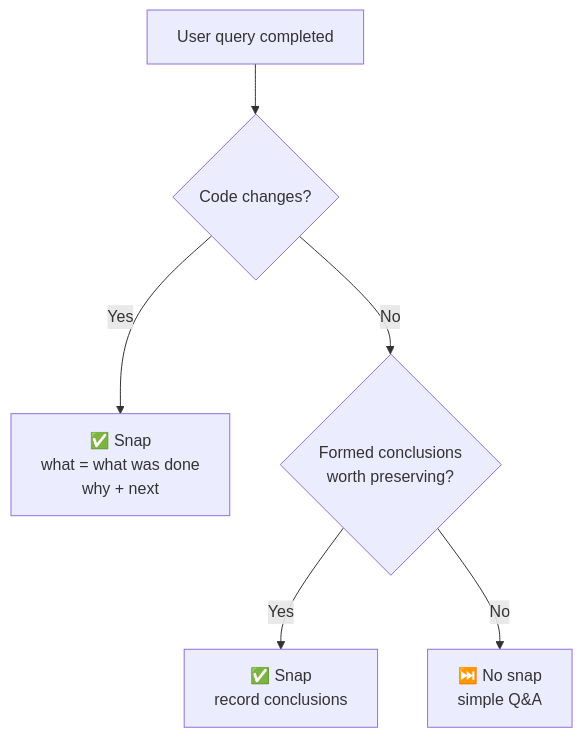
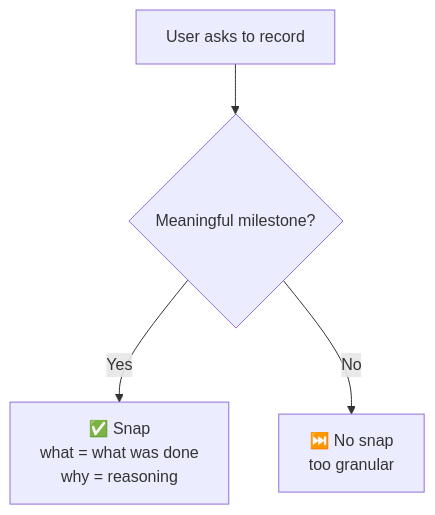
One commit to dozybot001/Intent changed the third of 4 diagrams in docs/EN/cli.md. Above: the diagram before and after it, drawn with Mermaid. The commit also changed other lines of this file and 3 other files, not shown here.

First line of the commit message:
Remove query and next fields from CLI: simplify objects for retrospective mode

````diff
--- a/docs/EN/cli.md
+++ b/docs/EN/cli.md
@@ -66,8 +66,6 @@
 ```mermaid
 flowchart TD
-  Q["User query completed"] --> C{Code changes?}
-  C -->|Yes| B["✅ Snap\nwhat = what was done\nwhy + next"]
-  C -->|No| D{Formed conclusions\nworth preserving?}
-  D -->|Yes| E["✅ Snap\nrecord conclusions"]
-  D -->|No| A["⏭️ No snap\nsimple Q&A"]
+  Q["User asks to record"] --> C{Meaningful milestone?}
+  C -->|Yes| B["✅ Snap\nwhat = what was done\nwhy = reasoning"]
+  C -->|No| A["⏭️ No snap\ntoo granular"]
 ```
````
